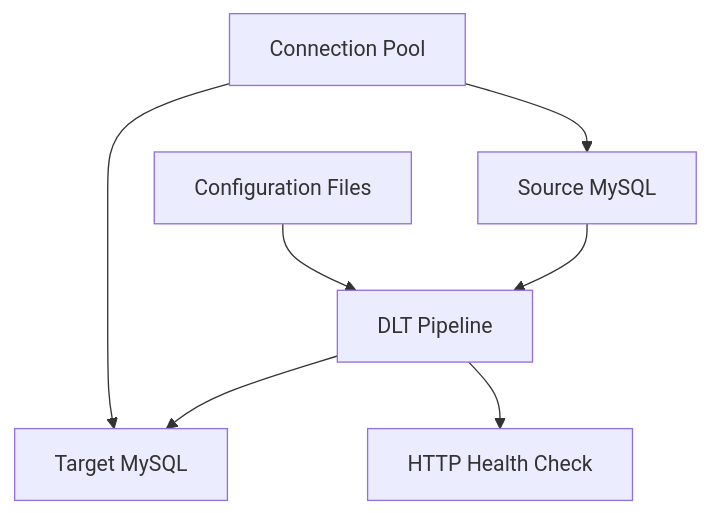
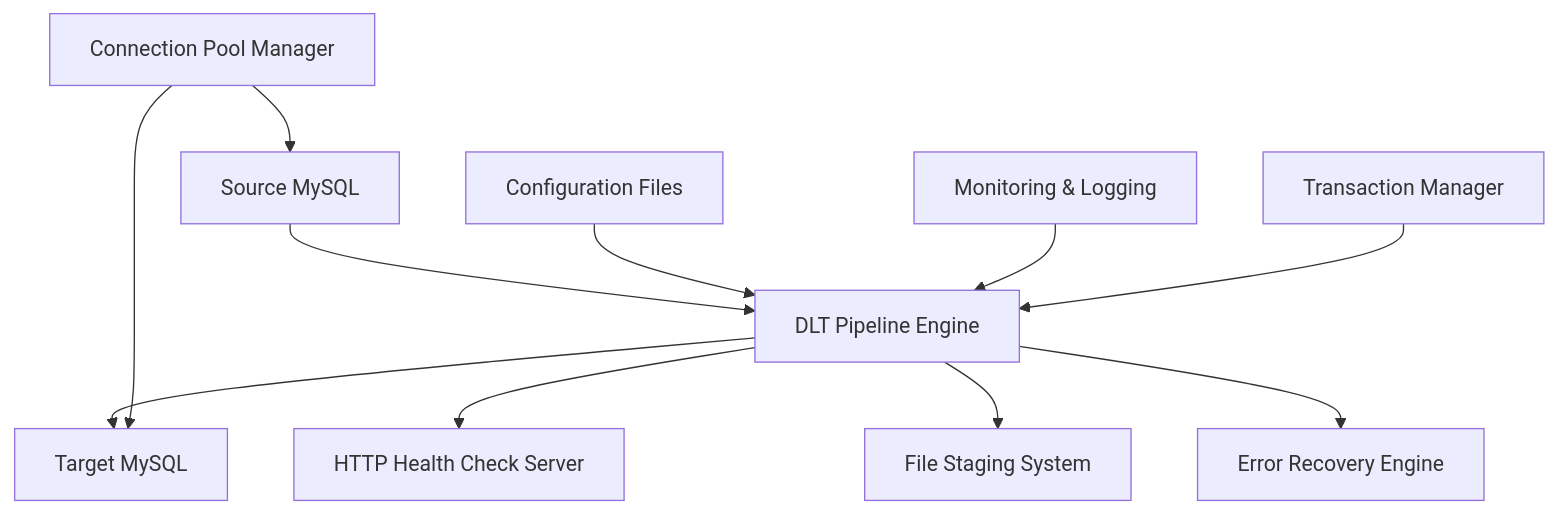
The diagram in TRD.md (malemalice/patuha-etl-dlt), drawn with Mermaid before and after one commit. The commit also changed other lines of this file and 2 other files, not shown here.

````diff
--- a/TRD.md
+++ b/TRD.md
@@ -22,9 +23,13 @@
 ```mermaid
 graph TB
-    A[Source MySQL] --> B[DLT Pipeline]
+    A[Source MySQL] --> B[DLT Pipeline Engine]
     B --> C[Target MySQL]
-    B --> D[HTTP Health Check]
-    E[Configuration Files] --> B
-    F[Connection Pool] --> A
-    F --> C
+    B --> D[HTTP Health Check Server]
+    B --> E[File Staging System]
+    B --> F[Error Recovery Engine]
+    G[Configuration Files] --> B
+    H[Connection Pool Manager] --> A
+    H --> C
+    I[Monitoring & Logging] --> B
+    J[Transaction Manager] --> B
 ```
````
